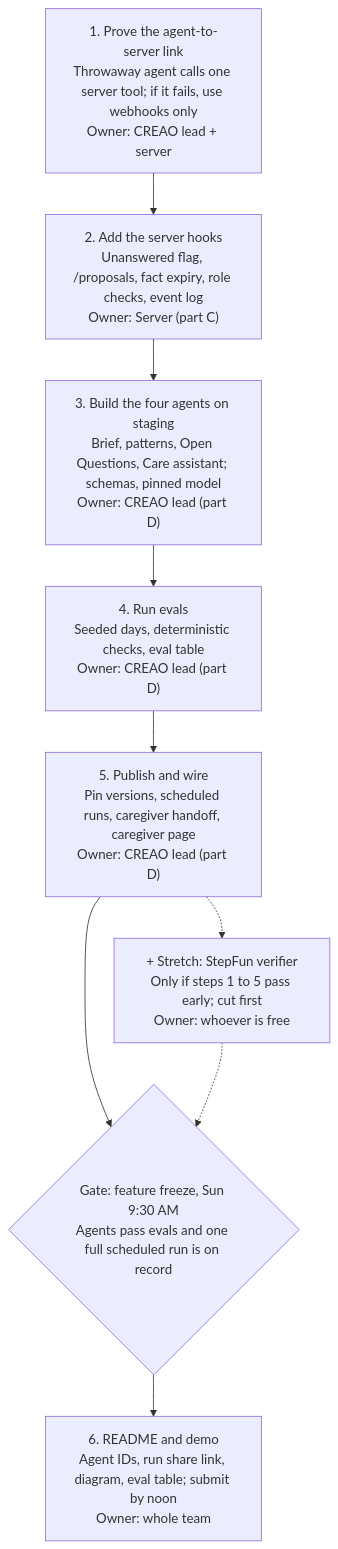
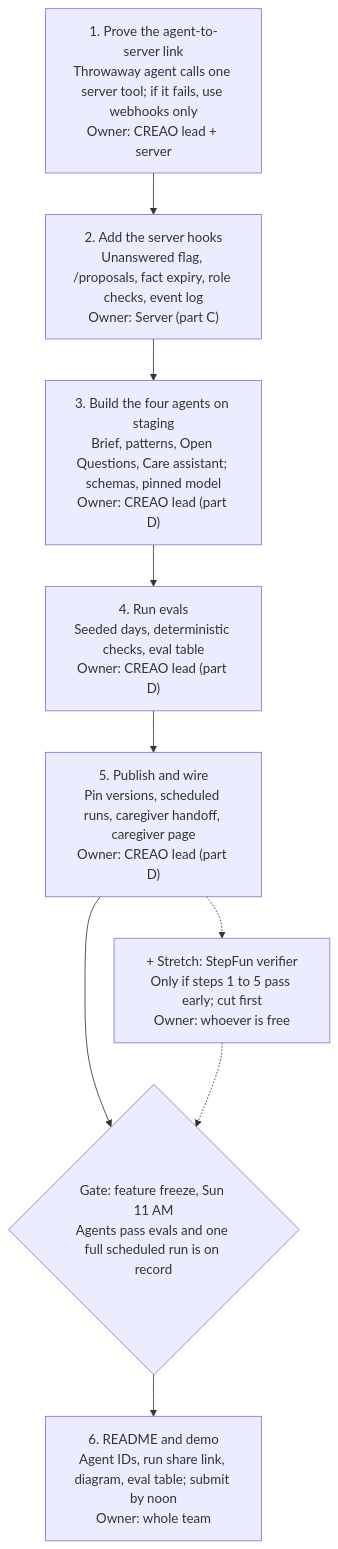
One commit to nam-m/la-ai-hackathon-2026 changed the second of 2 diagrams in CARE_SIDE_AGENT_PLATFORM.md. Above: the diagram before and after it, drawn with Mermaid. The commit also changed 4 other files, not shown here.

Commit message:
Move feature freeze from 9:30 AM to 11 AM

````diff
--- a/CARE_SIDE_AGENT_PLATFORM.md
+++ b/CARE_SIDE_AGENT_PLATFORM.md
@@ -177,13 +177,13 @@
 ```mermaid
 flowchart TD
   S1["1. Prove the agent-to-server link<br/>Throwaway agent calls one server tool; if it fails, use webhooks only<br/>Owner: CREAO lead + server"]
   S2["2. Add the server hooks<br/>Unanswered flag, /proposals, fact expiry, role checks, event log<br/>Owner: Server (part C)"]
   S3["3. Build the four agents on staging<br/>Brief, patterns, Open Questions, Care assistant; schemas, pinned model<br/>Owner: CREAO lead (part D)"]
   S4["4. Run evals<br/>Seeded days, deterministic checks, eval table<br/>Owner: CREAO lead (part D)"]
   S5["5. Publish and wire<br/>Pin versions, scheduled runs, caregiver handoff, caregiver page<br/>Owner: CREAO lead (part D)"]
   SX["+ Stretch: StepFun verifier<br/>Only if steps 1 to 5 pass early; cut first<br/>Owner: whoever is free"]
-  G{"Gate: feature freeze, Sun 9:30 AM<br/>Agents pass evals and one full scheduled run is on record"}
+  G{"Gate: feature freeze, Sun 11 AM<br/>Agents pass evals and one full scheduled run is on record"}
   R["6. README and demo<br/>Agent IDs, run share link, diagram, eval table; submit by noon<br/>Owner: whole team"]
   S1 --> S2 --> S3 --> S4 --> S5 --> G --> R
   S5 -.-> SX -.-> G
 ```
````
